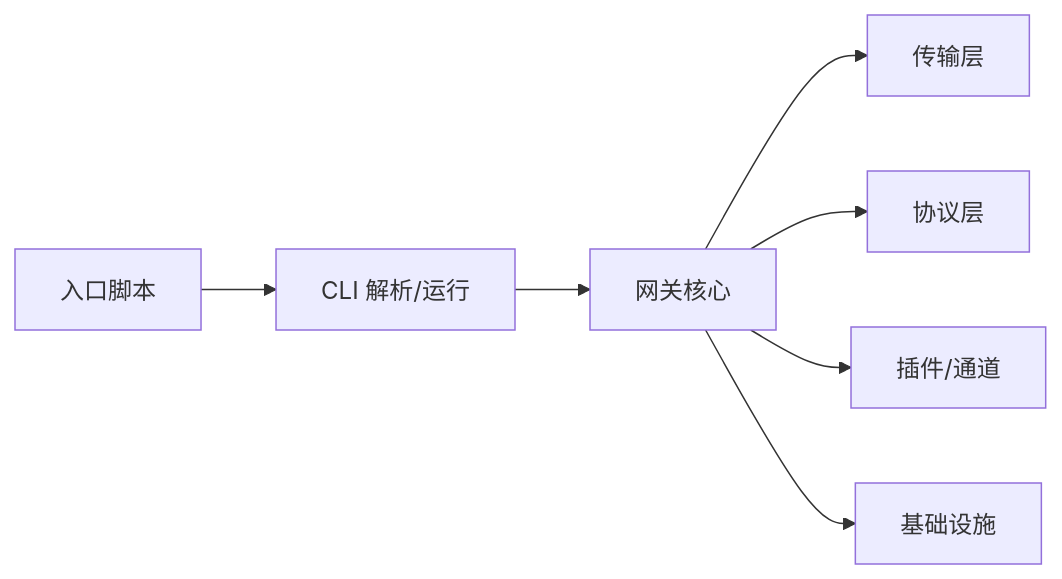
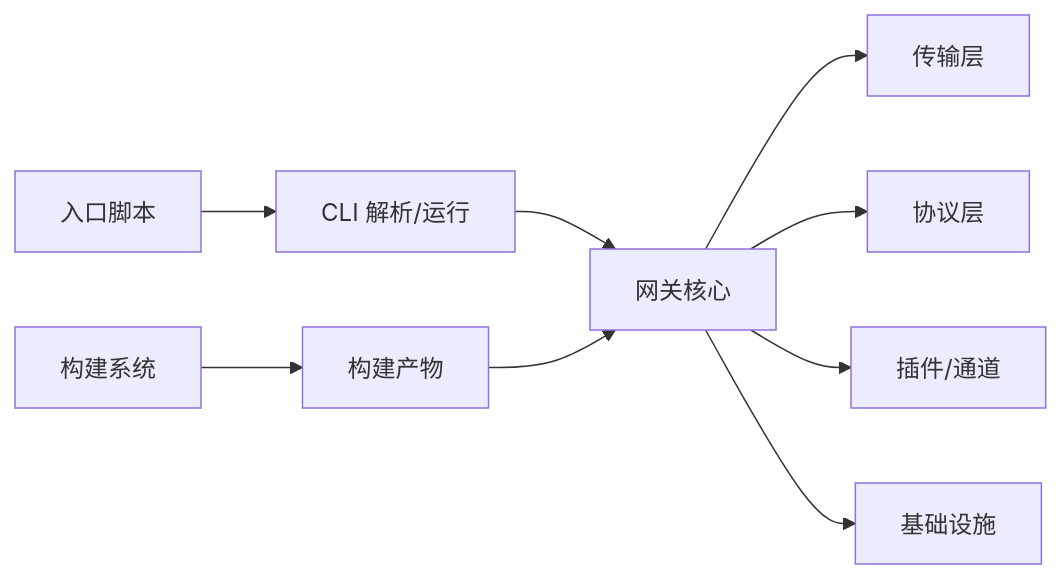
The tenth of 10 diagrams in .qoder/repowiki/zh/content/网关服务器/网关服务器增强.md (verse-ai-org/openclaw), drawn with Mermaid before and after one commit. The commit also changed other lines of this file and 14 other files, not shown here.

````diff
--- a/.qoder/repowiki/zh/content/网关服务器/网关服务器增强.md
+++ b/.qoder/repowiki/zh/content/网关服务器/网关服务器增强.md
@@ -874,9 +985,11 @@
 ```mermaid
 graph LR
 Entry["入口脚本"] --> CLI["CLI 解析/运行"]
 CLI --> GatewayCore["网关核心"]
 GatewayCore --> Transport["传输层"]
 GatewayCore --> Protocol["协议层"]
 GatewayCore --> Plugins["插件/通道"]
 GatewayCore --> Infra["基础设施"]
+BuildSystem["构建系统"] --> Dist["构建产物"]
+Dist --> GatewayCore
 ```
````
